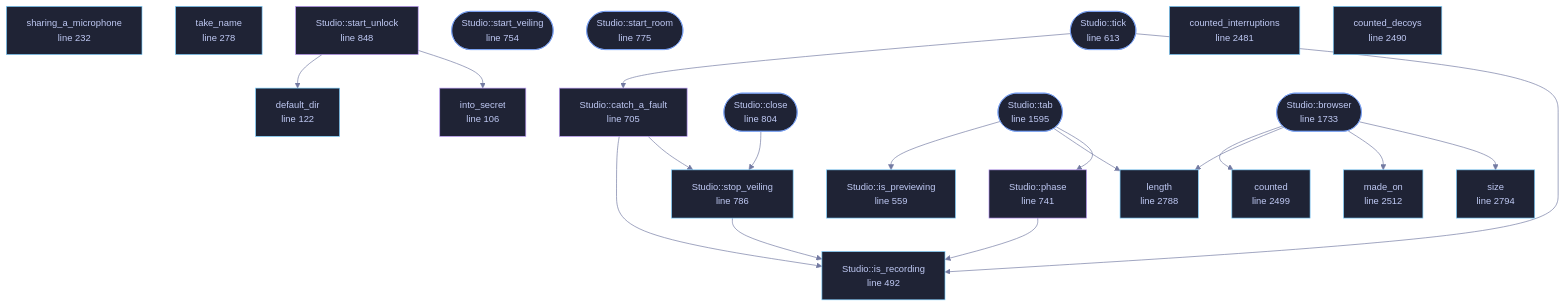
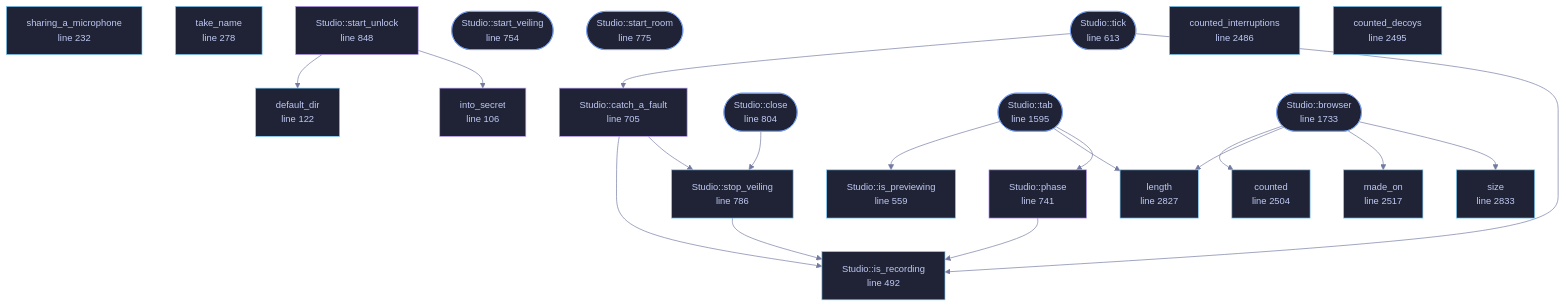
One commit to tilas01/veilvoice changed the diagram in docs/files/veilvoice-gui/studio.md. Above: the diagram before and after it, drawn with Mermaid. The commit also changed other lines of this file and 61 other files, not shown here.

First line of the commit message:
Roadmap 162: a build without live audio says so before anything is pressed

````diff
--- a/docs/files/veilvoice-gui/studio.md
+++ b/docs/files/veilvoice-gui/studio.md
@@ -193,70 +194,70 @@
 ```mermaid
 %%{init: {"theme":"base","themeVariables":{"background":"#1a1b26","primaryColor":"#1f2335","primaryTextColor":"#c0caf5","primaryBorderColor":"#7aa2f7","secondaryColor":"#16161e","tertiaryColor":"#16161e","lineColor":"#737aa2","textColor":"#c0caf5","mainBkg":"#1f2335","nodeBorder":"#7aa2f7","clusterBkg":"#16161e","clusterBorder":"#2f3549","fontFamily":"ui-monospace, SFMono-Regular, Consolas, monospace","fontSize":"14px"}}}%%
 flowchart TD
     n_into_secret["into_secret<br/>line 106"]
     n_default_dir["default_dir<br/>line 122"]
     n_sharing_a_microphone["sharing_a_microphone<br/>line 232"]
     n_take_name["take_name<br/>line 278"]
     n_is_recording["Studio::is_recording<br/>line 492"]
     n_is_previewing["Studio::is_previewing<br/>line 559"]
     n_tick(["Studio::tick<br/>line 613"])
     n_catch_a_fault["Studio::catch_a_fault<br/>line 705"]
     n_phase["Studio::phase<br/>line 741"]
     n_start_veiling(["Studio::start_veiling<br/>line 754"])
     n_start_room(["Studio::start_room<br/>line 775"])
     n_stop_veiling["Studio::stop_veiling<br/>line 786"]
     n_close(["Studio::close<br/>line 804"])
     n_start_unlock["Studio::start_unlock<br/>line 848"]
     n_tab(["Studio::tab<br/>line 1595"])
     n_browser(["Studio::browser<br/>line 1733"])
-    n_counted_interruptions["counted_interruptions<br/>line 2481"]
-    n_counted_decoys["counted_decoys<br/>line 2490"]
-    n_counted["counted<br/>line 2499"]
-    n_made_on["made_on<br/>line 2512"]
-    n_length["length<br/>line 2788"]
-    n_size["size<br/>line 2794"]
+    n_counted_interruptions["counted_interruptions<br/>line 2486"]
+    n_counted_decoys["counted_decoys<br/>line 2495"]
+    n_counted["counted<br/>line 2504"]
+    n_made_on["made_on<br/>line 2517"]
+    n_length["length<br/>line 2827"]
+    n_size["size<br/>line 2833"]
     n_browser --> n_counted
     n_browser --> n_length
     n_browser --> n_made_on
     n_browser --> n_size
     n_catch_a_fault --> n_is_recording
     n_catch_a_fault --> n_stop_veiling
     n_close --> n_stop_veiling
     n_phase --> n_is_recording
     n_start_unlock --> n_default_dir
     n_start_unlock --> n_into_secret
     n_stop_veiling --> n_is_recording
     n_tab --> n_is_previewing
     n_tab --> n_length
     n_tab --> n_phase
     n_tick --> n_catch_a_fault
     n_tick --> n_is_recording
     click n_into_secret href "https://github.com/tilas01/veilvoice/blob/main/crates/veilvoice-gui/src/studio.rs#L106" "open the source"
     click n_default_dir href "https://github.com/tilas01/veilvoice/blob/main/crates/veilvoice-gui/src/studio.rs#L122" "open the source"
     click n_sharing_a_microphone href "https://github.com/tilas01/veilvoice/blob/main/crates/veilvoice-gui/src/studio.rs#L232" "open the source"
     click n_take_name href "https://github.com/tilas01/veilvoice/blob/main/crates/veilvoice-gui/src/studio.rs#L278" "open the source"
     click n_is_recording href "https://github.com/tilas01/veilvoice/blob/main/crates/veilvoice-gui/src/studio.rs#L492" "open the source"
     click n_is_previewing href "https://github.com/tilas01/veilvoice/blob/main/crates/veilvoice-gui/src/studio.rs#L559" "open the source"
     click n_tick href "https://github.com/tilas01/veilvoice/blob/main/crates/veilvoice-gui/src/studio.rs#L613" "open the source"
     click n_catch_a_fault href "https://github.com/tilas01/veilvoice/blob/main/crates/veilvoice-gui/src/studio.rs#L705" "open the source"
     click n_phase href "https://github.com/tilas01/veilvoice/blob/main/crates/veilvoice-gui/src/studio.rs#L741" "open the source"
     click n_start_veiling href "https://github.com/tilas01/veilvoice/blob/main/crates/veilvoice-gui/src/studio.rs#L754" "open the source"
     click n_start_room href "https://github.com/tilas01/veilvoice/blob/main/crates/veilvoice-gui/src/studio.rs#L775" "open the source"
     click n_stop_veiling href "https://github.com/tilas01/veilvoice/blob/main/crates/veilvoice-gui/src/studio.rs#L786" "open the source"
     click n_close href "https://github.com/tilas01/veilvoice/blob/main/crates/veilvoice-gui/src/studio.rs#L804" "open the source"
     click n_start_unlock href "https://github.com/tilas01/veilvoice/blob/main/crates/veilvoice-gui/src/studio.rs#L848" "open the source"
     click n_tab href "https://github.com/tilas01/veilvoice/blob/main/crates/veilvoice-gui/src/studio.rs#L1595" "open the source"
     click n_browser href "https://github.com/tilas01/veilvoice/blob/main/crates/veilvoice-gui/src/studio.rs#L1733" "open the source"
-    click n_counted_interruptions href "https://github.com/tilas01/veilvoice/blob/main/crates/veilvoice-gui/src/studio.rs#L2481" "open the source"
-    click n_counted_decoys href "https://github.com/tilas01/veilvoice/blob/main/crates/veilvoice-gui/src/studio.rs#L2490" "open the source"
-    click n_counted href "https://github.com/tilas01/veilvoice/blob/main/crates/veilvoice-gui/src/studio.rs#L2499" "open the source"
-    click n_made_on href "https://github.com/tilas01/veilvoice/blob/main/crates/veilvoice-gui/src/studio.rs#L2512" "open the source"
-    click n_length href "https://github.com/tilas01/veilvoice/blob/main/crates/veilvoice-gui/src/studio.rs#L2788" "open the source"
-    click n_size href "https://github.com/tilas01/veilvoice/blob/main/crates/veilvoice-gui/src/studio.rs#L2794" "open the source"
+    click n_counted_interruptions href "https://github.com/tilas01/veilvoice/blob/main/crates/veilvoice-gui/src/studio.rs#L2486" "open the source"
+    click n_counted_decoys href "https://github.com/tilas01/veilvoice/blob/main/crates/veilvoice-gui/src/studio.rs#L2495" "open the source"
+    click n_counted href "https://github.com/tilas01/veilvoice/blob/main/crates/veilvoice-gui/src/studio.rs#L2504" "open the source"
+    click n_made_on href "https://github.com/tilas01/veilvoice/blob/main/crates/veilvoice-gui/src/studio.rs#L2517" "open the source"
+    click n_length href "https://github.com/tilas01/veilvoice/blob/main/crates/veilvoice-gui/src/studio.rs#L2827" "open the source"
+    click n_size href "https://github.com/tilas01/veilvoice/blob/main/crates/veilvoice-gui/src/studio.rs#L2833" "open the source"
     classDef entry fill:#1f2335,stroke:#7aa2f7,color:#c0caf5
     class n_tick,n_start_veiling,n_start_room,n_close,n_tab,n_browser entry
     classDef api fill:#1f2335,stroke:#7dcfff,color:#c0caf5
     class n_default_dir,n_sharing_a_microphone,n_take_name,n_is_recording,n_is_previewing,n_stop_veiling,n_counted_interruptions,n_counted_decoys,n_counted,n_made_on,n_length,n_size api
     classDef helper fill:#1f2335,stroke:#bb9af7,color:#c0caf5
     class n_into_secret,n_catch_a_fault,n_phase,n_start_unlock helper
 ```
````
